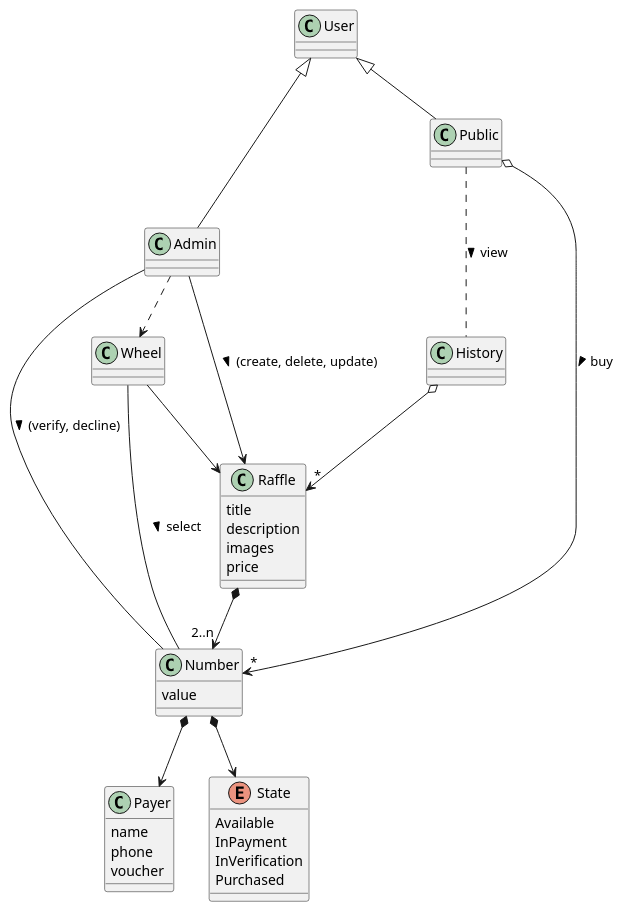
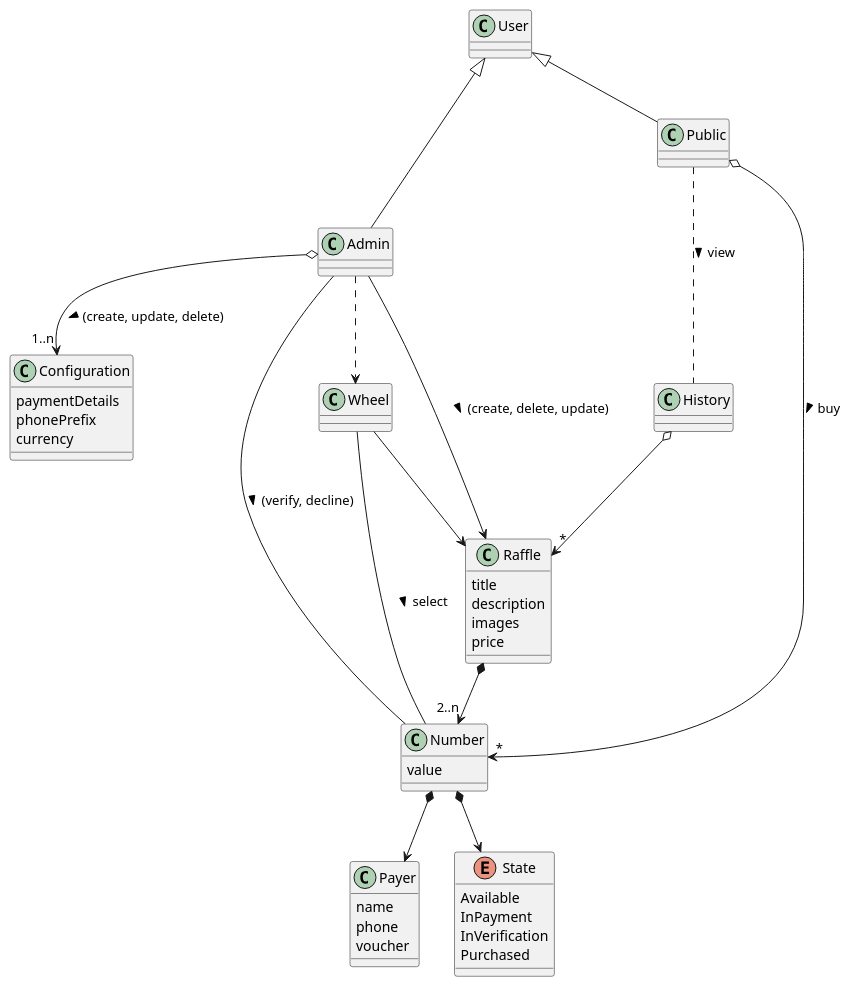
Before and after one commit to marcos-velasquez/raffle: the diagram in docs/DomainModel/index.plantuml, drawn with PlantUML. The commit also changed 7 other files, not shown here.

Commit message:
feat: add system configuration management for payment details, phone prefix and currency

```diff
--- a/docs/DomainModel/index.plantuml
+++ b/docs/DomainModel/index.plantuml
@@ -1,48 +1,55 @@
 @startuml DomainModel
 
 class User {}
 User <|-down- Admin
 User <|-down- Public
 
 class Admin {}
 Admin -down-> Raffle : "(create, delete, update) >"
 Admin -down- Number: "(verify, decline) >"
-Admin ..> Wheel 
+Admin ..> Wheel
+Admin o-down-> "1..n" Configuration : "(create, update, delete) >"
+
+class Configuration {
+    paymentDetails
+    phonePrefix
+    currency
+}
 
 class Public {}
 Public o-down-> "*" Number : "buy >"
 Public ... History : "view >"
 
 class Raffle {
     title
     description
     images
     price
 }
 Raffle *-down-> "2..n" Number
 
 class Number {
     value
 }
 class Payer {
     name
     phone 
     voucher
 }
 enum State {
     Available
     InPayment
     InVerification
     Purchased
 }
 Number *-down-> State 
 Number *-down-> Payer 
 
 class History {}
 History o-down-> "*" Raffle
 
 class Wheel {}
 Wheel -down-> Raffle
 Wheel -down-  Number : "select >" 
 
 @enduml
```
